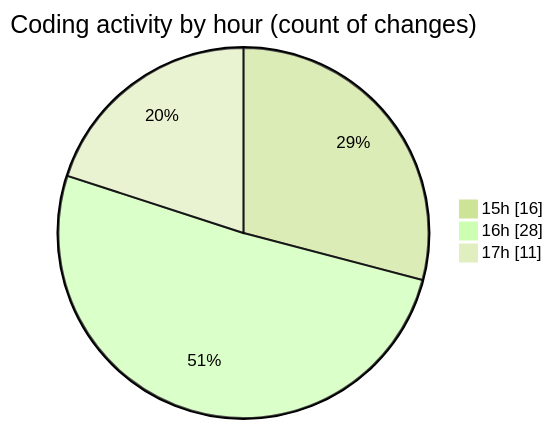
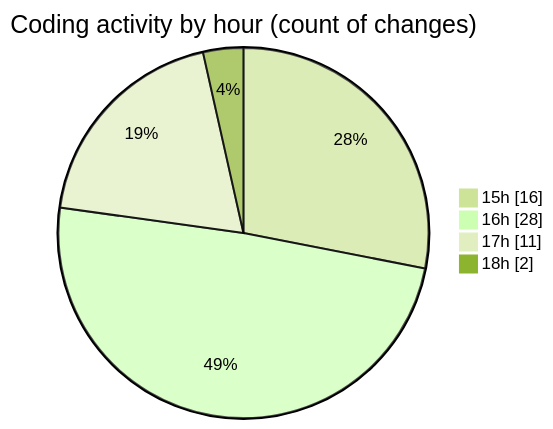
Before and after one commit to mevix1/code-tracking: the second of 2 diagrams in 2025-10-01/oura-api/README.md, drawn with Mermaid (forest theme). The commit also changed other lines of this file and 1 other file, not shown here.

````diff
--- a/2025-10-01/oura-api/README.md
+++ b/2025-10-01/oura-api/README.md
@@ -63,7 +64,8 @@
 ```mermaid
 pie showData
 title Coding activity by hour (count of changes)
 "15h" : 16
 "16h" : 28
 "17h" : 11
+"18h" : 2
 ```
````
